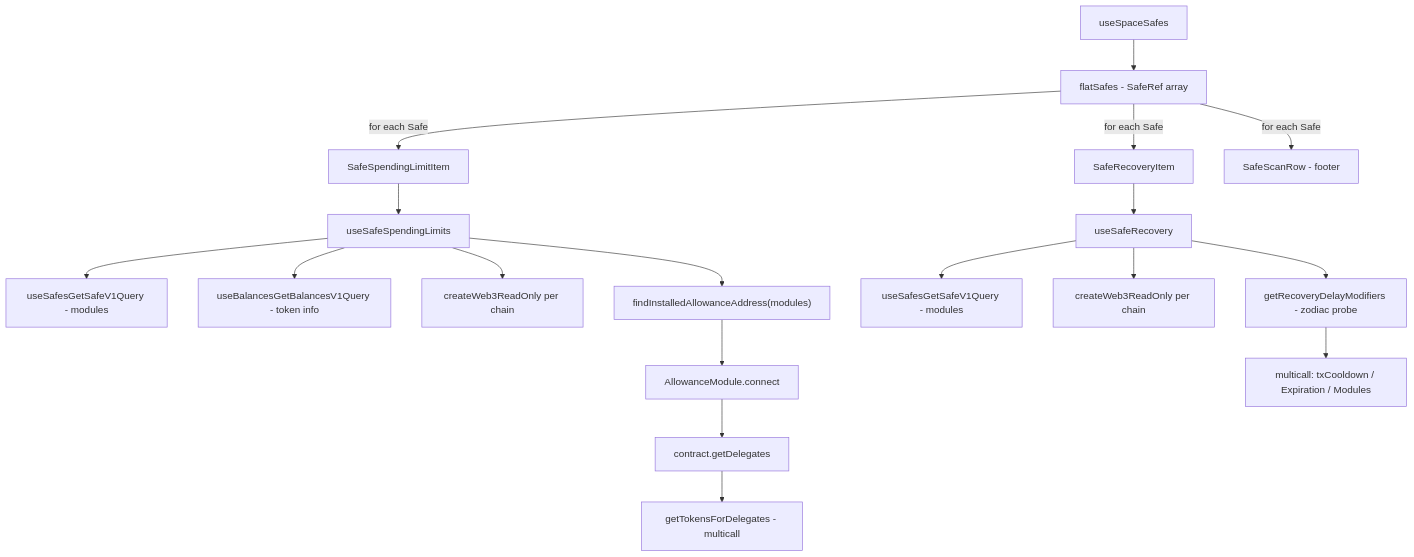
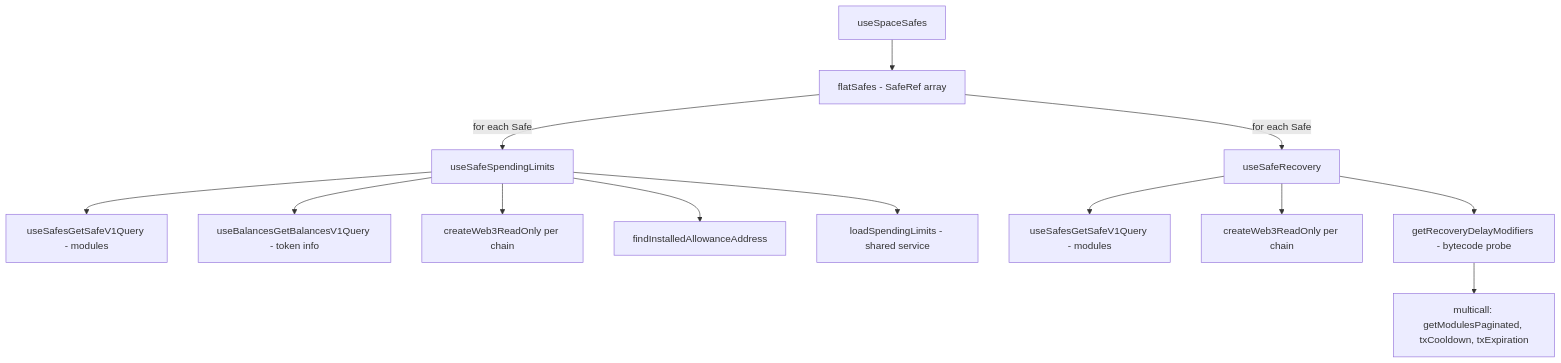
The third of 3 diagrams in apps/web/docs/spaces-policies.md (safe-global/safe-wallet-monorepo), drawn with Mermaid before and after one commit. The commit also changed other lines of this file, not shown here.

````diff
--- a/apps/web/docs/spaces-policies.md
+++ b/apps/web/docs/spaces-policies.md
@@ -149,22 +197,15 @@
 ```mermaid
 flowchart TD
   A[useSpaceSafes] --> B[flatSafes - SafeRef array]
-  B -->|for each Safe| C[SafeSpendingLimitItem]
-  B -->|for each Safe| D[SafeRecoveryItem]
-  B -->|for each Safe| E[SafeScanRow - footer]
-
-  C --> F[useSafeSpendingLimits]
-  F --> F1[useSafesGetSafeV1Query - modules]
-  F --> F2[useBalancesGetBalancesV1Query - token info]
-  F --> F3[createWeb3ReadOnly per chain]
-  F --> F4["findInstalledAllowanceAddress(modules)"]
-  F4 --> F5[AllowanceModule.connect]
-  F5 --> F6[contract.getDelegates]
-  F6 --> F7[getTokensForDelegates - multicall]
-
-  D --> G[useSafeRecovery]
-  G --> G1[useSafesGetSafeV1Query - modules]
-  G --> G2[createWeb3ReadOnly per chain]
-  G --> G3[getRecoveryDelayModifiers - zodiac probe]
-  G3 --> G4[multicall: txCooldown / Expiration / Modules]
+  B -->|for each Safe| C[useSafeSpendingLimits]
+  B -->|for each Safe| D[useSafeRecovery]
+  C --> C1[useSafesGetSafeV1Query - modules]
+  C --> C2[useBalancesGetBalancesV1Query - token info]
+  C --> C3[createWeb3ReadOnly per chain]
+  C --> C4[findInstalledAllowanceAddress]
+  C --> C5[loadSpendingLimits - shared service]
+  D --> D1[useSafesGetSafeV1Query - modules]
+  D --> D2[createWeb3ReadOnly per chain]
+  D --> D3[getRecoveryDelayModifiers - bytecode probe]
+  D3 --> D4[multicall: getModulesPaginated, txCooldown, txExpiration]
 ```
````
